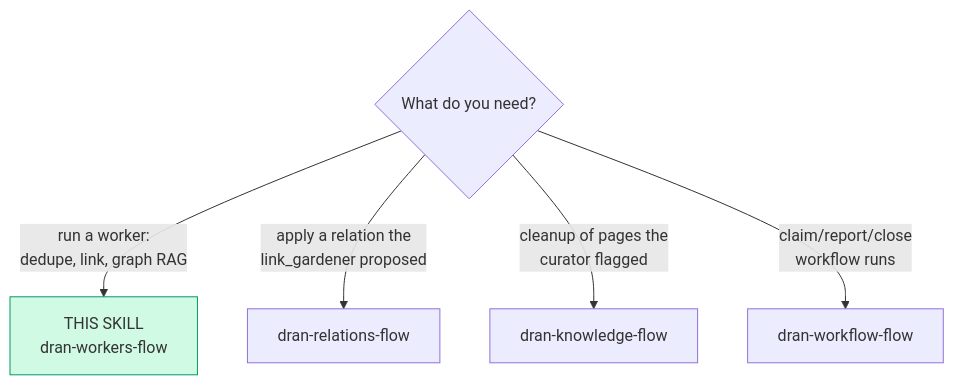
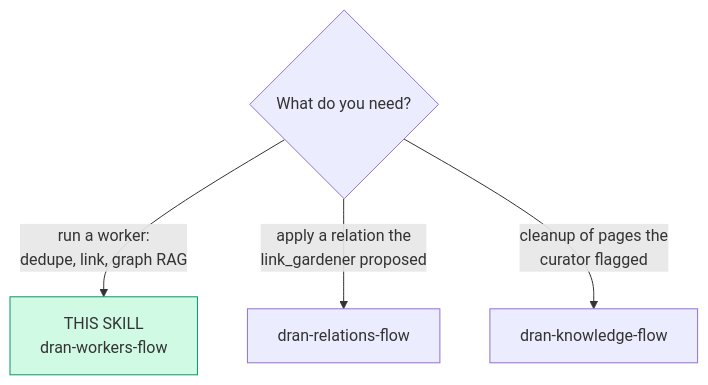
The first of 2 diagrams in skills/dran-workers-flow/SKILL.md (alvarolizama/dran), drawn with Mermaid before and after one commit. The commit also changed 71 other files, not shown here.

````diff
--- a/skills/dran-workers-flow/SKILL.md
+++ b/skills/dran-workers-flow/SKILL.md
@@ -22,9 +22,8 @@
 ```mermaid
 flowchart TD
   Q{What do you need?} -->|"run a worker:\ndedupe, link, graph RAG"| SELF["THIS SKILL\ndran-workers-flow"]
   Q -->|"apply a relation the\nlink_gardener proposed"| R[dran-relations-flow]
   Q -->|"cleanup of pages the\ncurator flagged"| K[dran-knowledge-flow]
-  Q -->|"claim/report/close\nworkflow runs"| W[dran-workflow-flow]
 
   style SELF fill:#d1fae5,stroke:#059669
 ```
````
